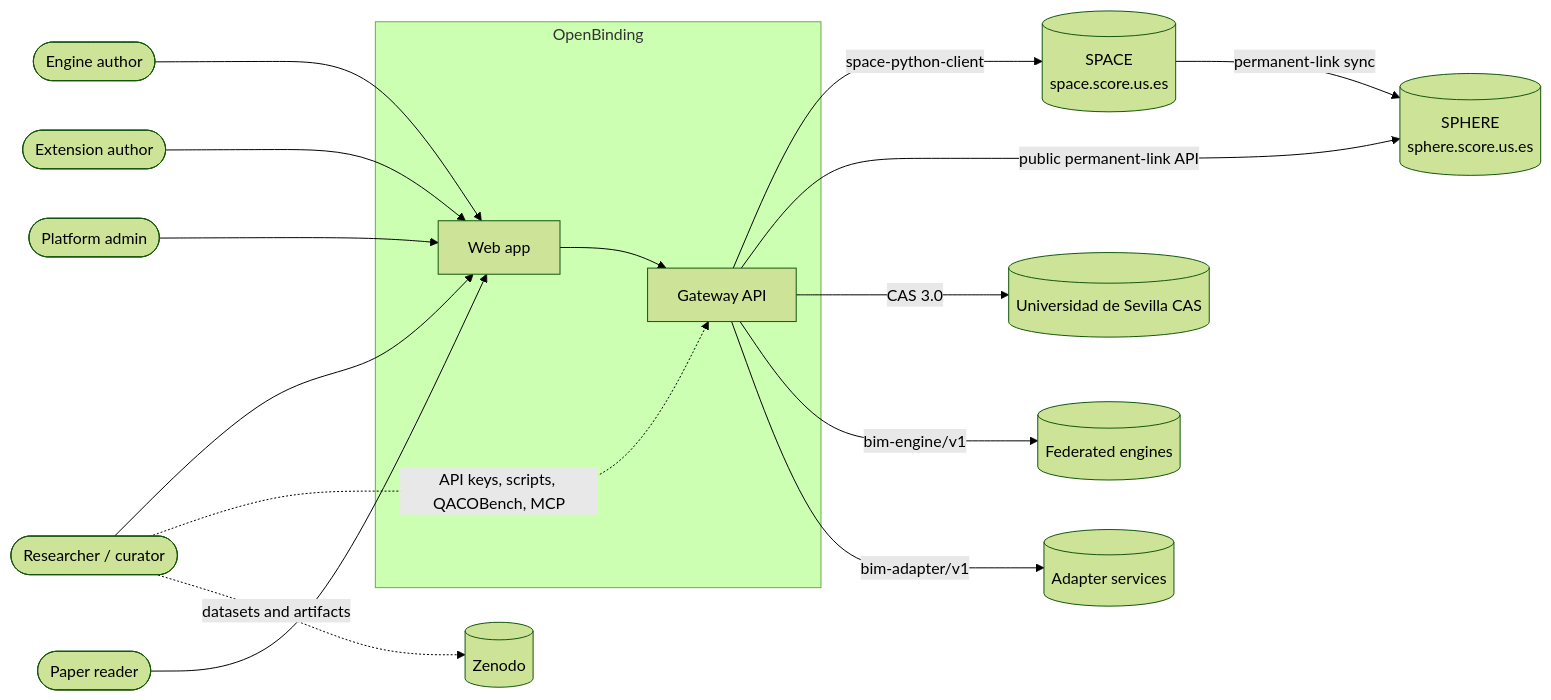
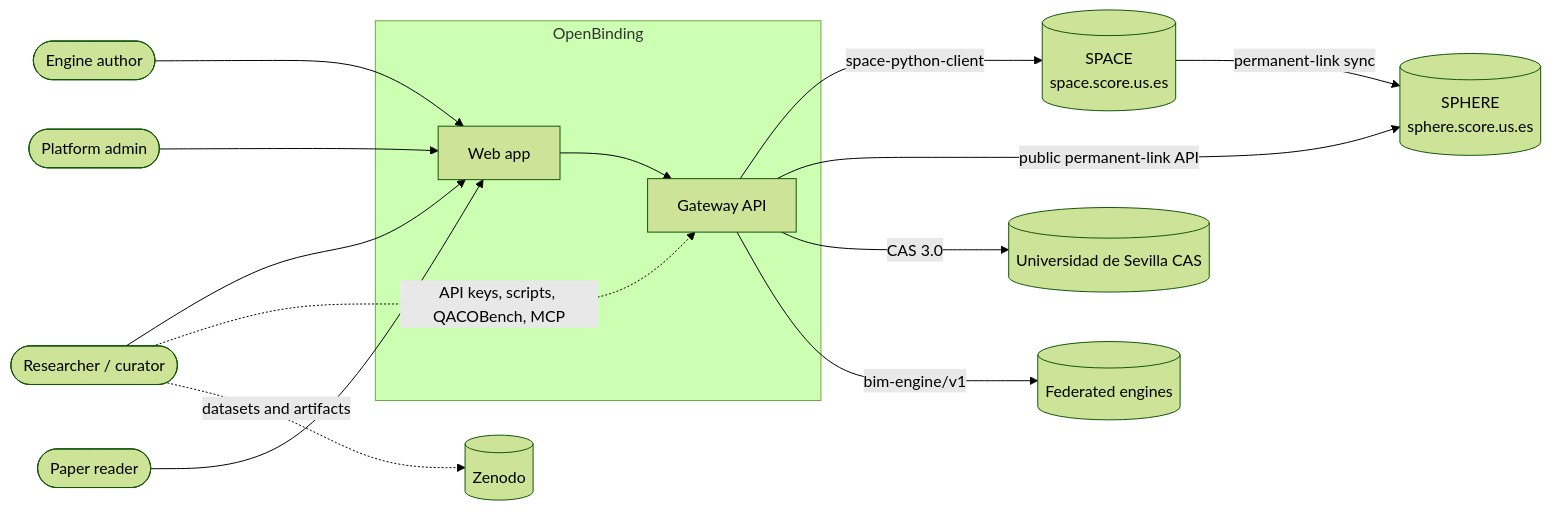
Before and after one commit to isa-group/OpenBinding: the first of 6 diagrams in docs/ARCHITECTURE.md, drawn with Mermaid (forest theme). The commit also changed other lines of this file and 98 other files, not shown here.

````diff
--- a/docs/ARCHITECTURE.md
+++ b/docs/ARCHITECTURE.md
@@ -33,27 +33,24 @@
 ```mermaid
 flowchart LR
   R([Researcher / curator])
   E([Engine author])
-  X([Extension author])
   A([Platform admin])
   P([Paper reader])
   subgraph OB[OpenBinding]
     W[Web app]
     G[Gateway API]
   end
   SPH[(SPHERE<br/>sphere.score.us.es)]
   SPA[(SPACE<br/>space.score.us.es)]
   CAS[(Universidad de Sevilla CAS)]
   FED[(Federated engines)]
-  ADS[(Adapter services)]
   Z[(Zenodo)]
-  R & E & X & A & P --> W --> G
+  R & E & A & P --> W --> G
   R -. API keys, scripts, QACOBench, MCP .-> G
   G -- space-python-client --> SPA
   SPA -- permanent-link sync --> SPH
   G -- public permanent-link API --> SPH
   G -- CAS 3.0 --> CAS
   G -- bim-engine/v1 --> FED
-  G -- bim-adapter/v1 --> ADS
   R -. datasets and artifacts .-> Z
 ```
````
